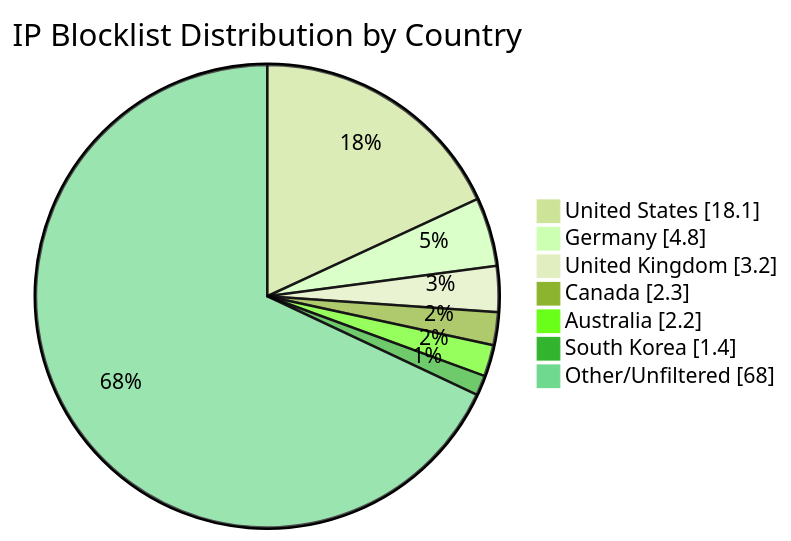
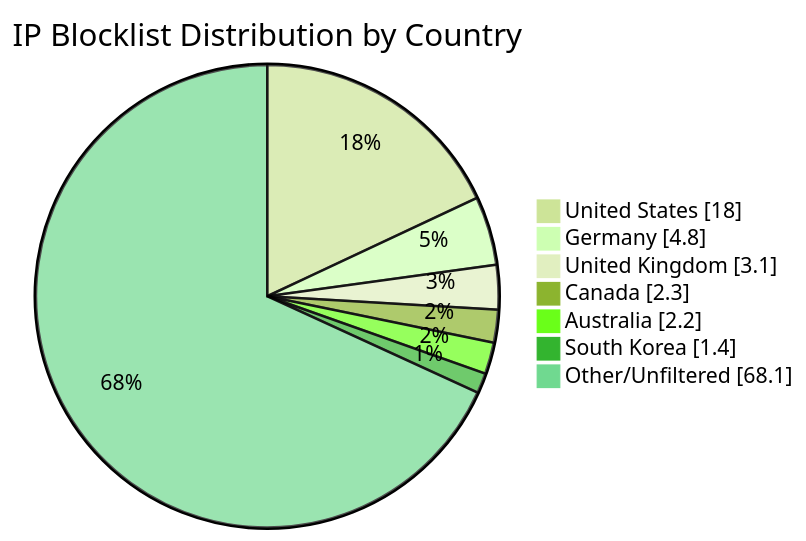
The diagram in README.md (MarcusHoltz/ipblocklist-geofiltered-aggregator), drawn with Mermaid (forest theme) before and after one commit. The commit also changed other lines of this file and 9 other files, not shown here.

````diff
--- a/README.md
+++ b/README.md
@@ -34,10 +34,10 @@
 ```mermaid
 pie showData title IP Blocklist Distribution by Country
-"United States" : 18.1
+"United States" : 18.0
 "Germany" : 4.8
-"United Kingdom" : 3.2
+"United Kingdom" : 3.1
 "Canada" : 2.3
 "Australia" : 2.2
 "South Korea" : 1.4
-"Other/Unfiltered" : 68.0
+"Other/Unfiltered" : 68.1
 ```
````
